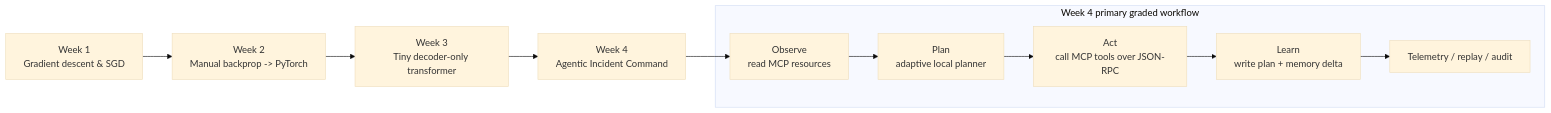
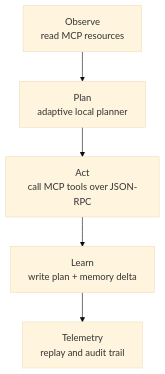
Before and after one commit to FranQuant/the-ai-engineer: the diagram in README.md, drawn with Mermaid (base theme). The commit also changed other lines of this file, not shown here.

Commit message:
Simplify root README diagram and structure

````diff
--- a/README.md
+++ b/README.md
@@ -31,15 +31,7 @@
 ```mermaid
-flowchart LR
-    W1["Week 1<br/>Gradient descent & SGD"] --> W2["Week 2<br/>Manual backprop -> PyTorch"]
-    W2 --> W3["Week 3<br/>Tiny decoder-only transformer"]
-    W3 --> W4["Week 4<br/>Agentic Incident Command"]
-
-    subgraph MCP["Week 4 primary graded workflow"]
-        O["Observe<br/>read MCP resources"] --> P["Plan<br/>adaptive local planner"]
-        P --> A["Act<br/>call MCP tools over JSON-RPC"]
-        A --> L["Learn<br/>write plan + memory delta"]
-        L --> T["Telemetry / replay / audit"]
-    end
-
-    W4 --> O
+flowchart TD
+    A["Observe<br/>read MCP resources"] --> B["Plan<br/>adaptive local planner"]
+    B --> C["Act<br/>call MCP tools over JSON-RPC"]
+    C --> D["Learn<br/>write plan + memory delta"]
+    D --> E["Telemetry<br/>replay and audit trail"]
 ```
````
